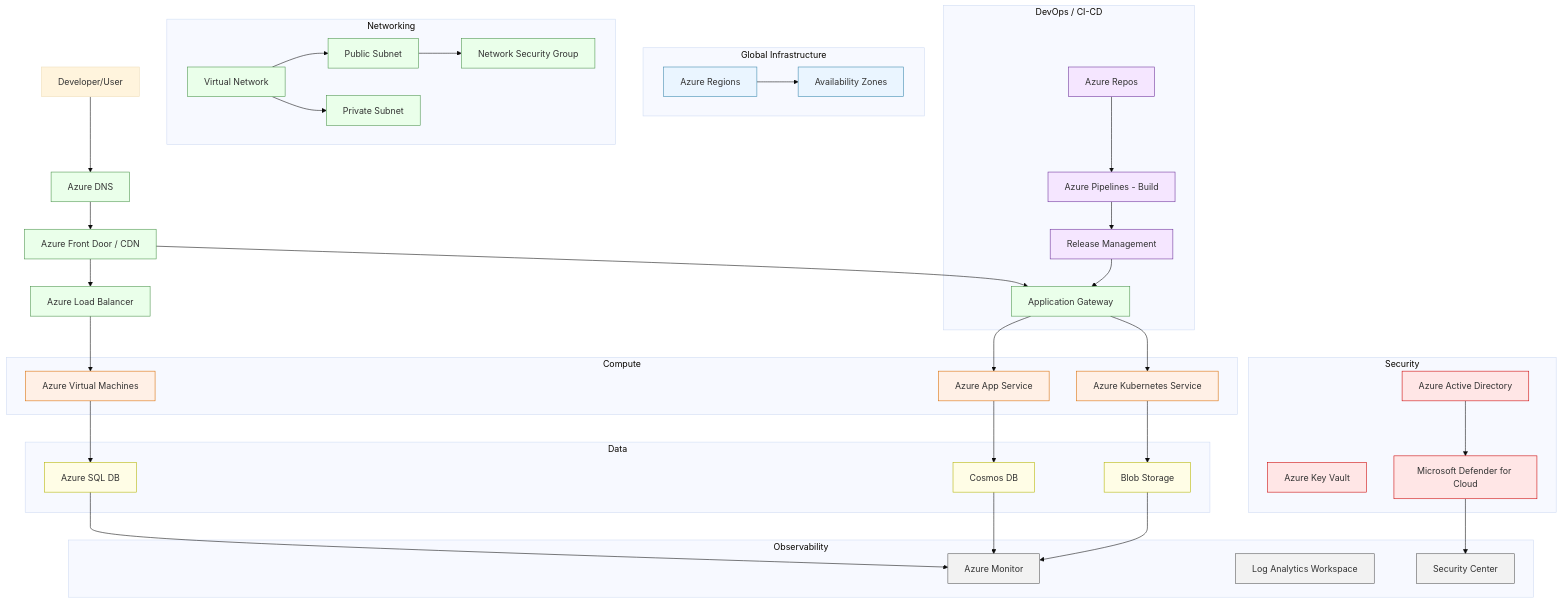
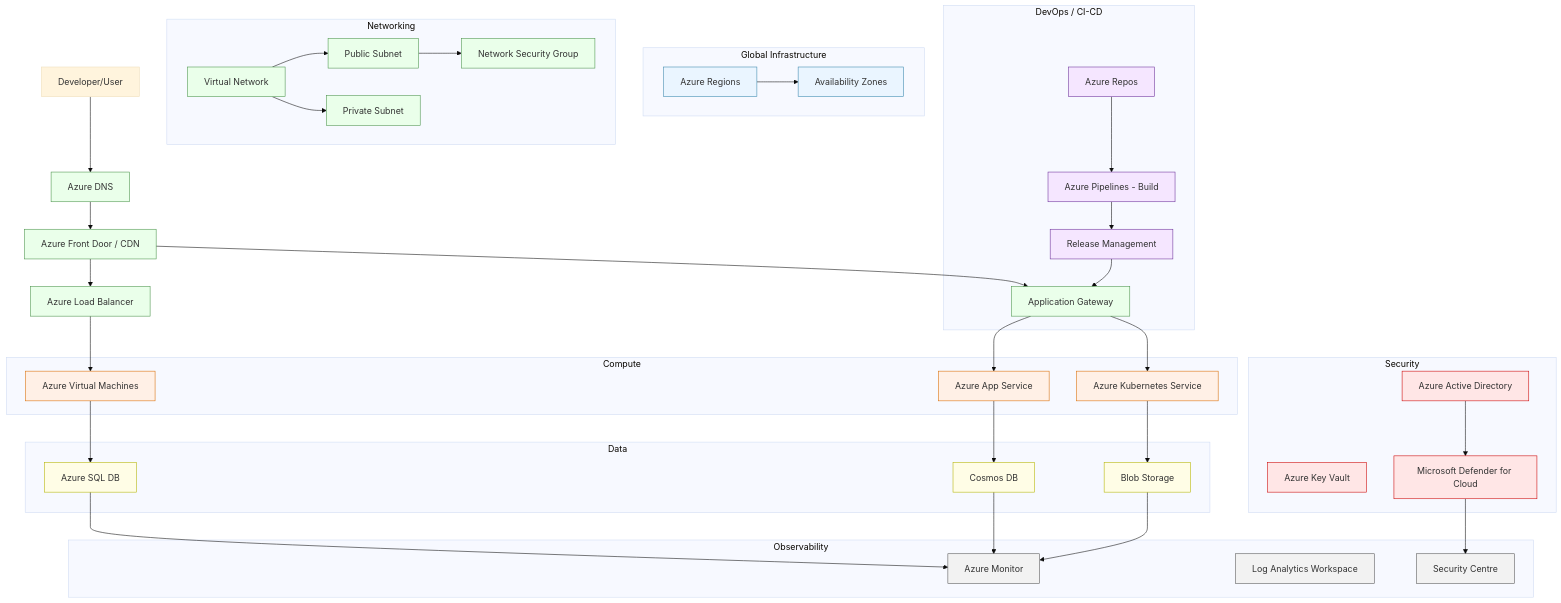
One commit to cassmastern/lers-sandbox changed the third of 3 diagrams in docs/aws-gcp-azure.md. Above: the diagram before and after it, drawn with Mermaid (base theme). The commit also changed other lines of this file and 14 other files, not shown here.

Commit message:
added IBM-SanFran, beefed up network & security topics, canadianized centre and colour

````diff
--- a/docs/aws-gcp-azure.md
+++ b/docs/aws-gcp-azure.md
@@ -215,76 +215,76 @@
 ```mermaid
 graph TD
     %% GLOBAL INFRASTRUCTURE
     subgraph Global Infrastructure
         AR1[Azure Regions]:::global --> AR2[Availability Zones]:::global
     end
 
     %% NETWORKING
     subgraph Networking
         VNet[Virtual Network]:::net --> Subnet1[Public Subnet]:::net
         VNet --> Subnet2[Private Subnet]:::net
         Subnet1 --> NSG[Network Security Group]:::net
     end
 
     %% ENTRY FLOW
     User[Developer/User] --> AzureDNS[Azure DNS]:::net
     AzureDNS --> FrontDoor[Azure Front Door / CDN]:::net
     FrontDoor --> ALB[Azure Load Balancer]:::net
     FrontDoor --> AppGW[Application Gateway]:::net
 
     %% COMPUTE
     subgraph Compute
         VMs[Azure Virtual Machines]:::compute
         AppService[Azure App Service]:::compute
         AKS[Azure Kubernetes Service]:::compute
     end
     ALB --> VMs
     AppGW --> AppService
     AppGW --> AKS
 
     %% DATABASE / STORAGE
     subgraph Data
         AzureSQL[Azure SQL DB]:::data
         CosmosDB[Cosmos DB]:::data
         Blob[Blob Storage]:::data
     end
     VMs --> AzureSQL
     AppService --> CosmosDB
     AKS --> Blob
 
     %% DEVOPS
     subgraph DevOps / CI-CD
         Repos[Azure Repos]:::devops --> Pipelines[Azure Pipelines - Build]:::devops
         Pipelines --> Release[Release Management]:::devops
         Release --> AppGW
     end
 
     %% SECURITY
     subgraph Security
         AAD[Azure Active Directory]:::sec
         KeyVault[Azure Key Vault]:::sec
         Defender[Microsoft Defender for Cloud]:::sec
     end
 
     %% OBSERVABILITY
     subgraph Observability
         Monitor[Azure Monitor]:::obs
         LogAnalytics[Log Analytics Workspace]:::obs
-        SecurityCenter[Security Center]:::obs
+        SecurityCentre[Security Centre]:::obs
     end
 
     AzureSQL --> Monitor
     CosmosDB --> Monitor
     Blob --> Monitor
     AAD --> Defender
-    Defender --> SecurityCenter
+    Defender --> SecurityCentre
 
     %% STYLES
     classDef global fill:#eaf5ff,stroke:#3a87ad;
     classDef net fill:#eaffea,stroke:#4a934a;
     classDef compute fill:#fff0e6,stroke:#d96c00;
     classDef data fill:#fffde6,stroke:#b3b300;
     classDef devops fill:#f5e6ff,stroke:#6b2f99;
     classDef sec fill:#ffe6e6,stroke:#cc0000;
     classDef obs fill:#f2f2f2,stroke:#555;
 ```
````
